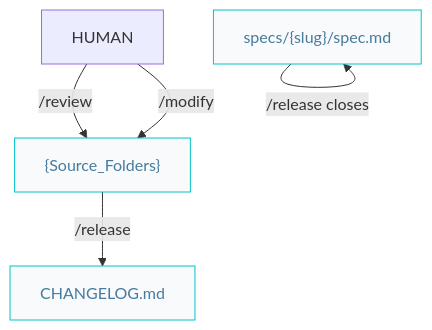
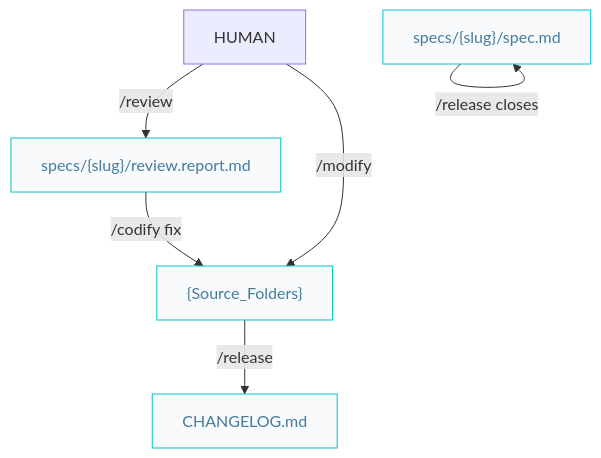
Before and after one commit to AIDDbot/AIDDbot: the diagram in docs/craftsman.pipelines.md, drawn with Mermaid. The commit also changed other lines of this file and 17 other files, not shown here.

````diff
--- a/docs/craftsman.pipelines.md
+++ b/docs/craftsman.pipelines.md
@@ -7,14 +7,16 @@
 ```mermaid
 flowchart TD  
   HUM[HUMAN]
   COD["{Source_Folders}"]:::nd
+  RVR["specs/{slug}/review.report.md"]:::nd
   SPC["specs/{slug}/spec.md"]:::nd
   CHL["CHANGELOG.md"]:::nd
   
-  HUM -->|/review| COD
+  HUM -->|/review| RVR
+  RVR -->|/codify fix| COD
   COD -->|/release| CHL
   SPC -->|/release closes| SPC
   HUM -->|/modify| COD
 
   classDef nd fill:#f8fafc,stroke:#00c4cc,color:#457b9d
 ```
````
